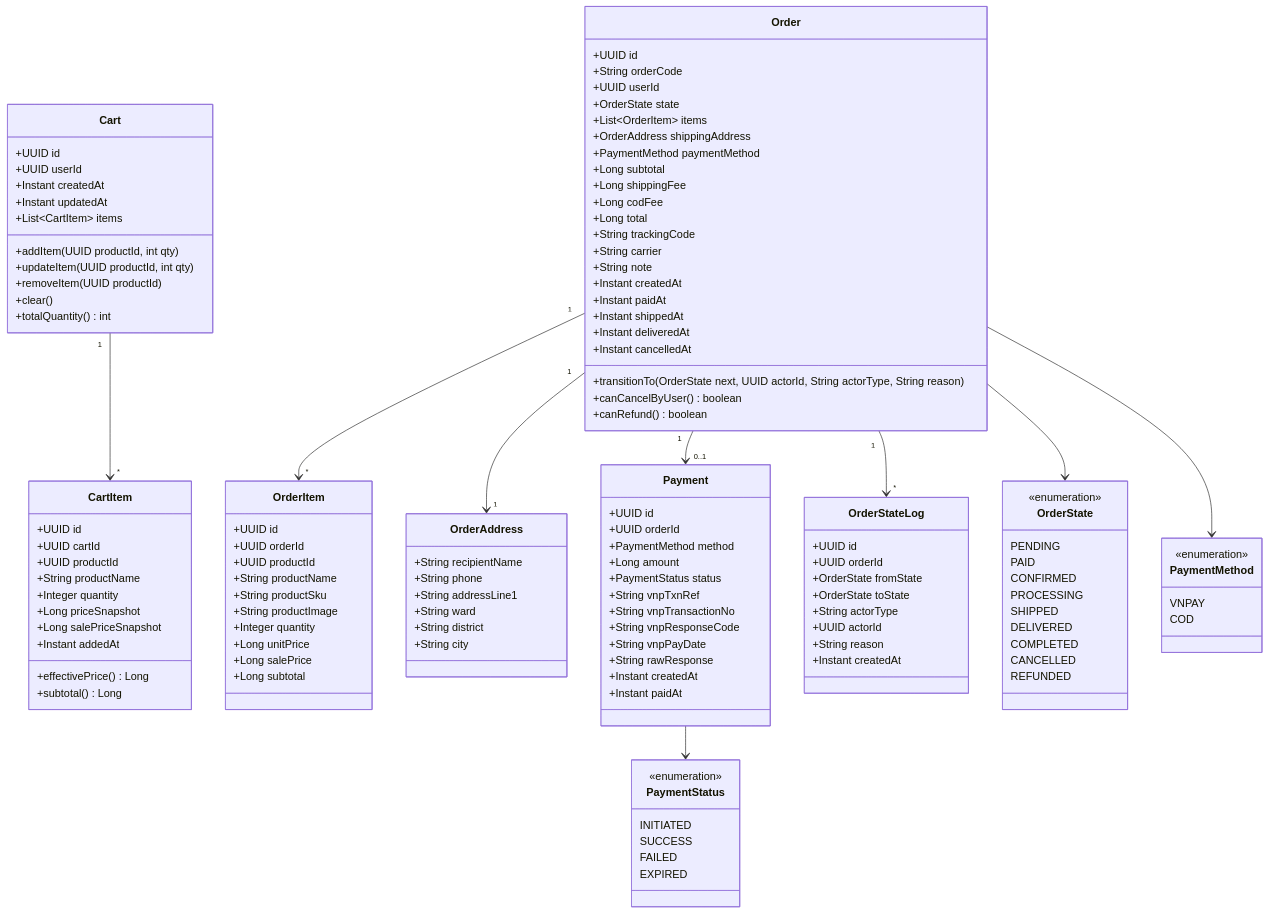
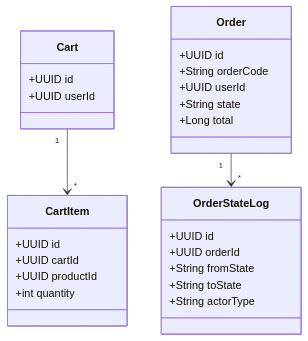
Before and after one commit to dminhduc250136/ptit_htpt: the third of 6 diagrams in architecture/03-class-diagrams.md, drawn with Mermaid. The commit also changed other lines of this file and 30 other files, not shown here.

````diff
--- a/architecture/03-class-diagrams.md
+++ b/architecture/03-class-diagrams.md
@@ -187,137 +60,29 @@
 ```mermaid
 classDiagram
     class Cart {
-        +UUID id
-        +UUID userId
-        +Instant createdAt
-        +Instant updatedAt
-        +List~CartItem~ items
-        +addItem(UUID productId, int qty)
-        +updateItem(UUID productId, int qty)
-        +removeItem(UUID productId)
-        +clear()
-        +totalQuantity() int
+      +UUID id
+      +UUID userId
     }
-
     class CartItem {
-        +UUID id
-        +UUID cartId
-        +UUID productId
-        +String productName
-        +Integer quantity
-        +Long priceSnapshot
-        +Long salePriceSnapshot
-        +Instant addedAt
-        +effectivePrice() Long
-        +subtotal() Long
+      +UUID id
+      +UUID cartId
+      +UUID productId
+      +int quantity
     }
-
     class Order {
-        +UUID id
-        +String orderCode
-        +UUID userId
-        +OrderState state
-        +List~OrderItem~ items
-        +OrderAddress shippingAddress
-        +PaymentMethod paymentMethod
-        +Long subtotal
-        +Long shippingFee
-        +Long codFee
-        +Long total
-        +String trackingCode
-        +String carrier
-        +String note
-        +Instant createdAt
-        +Instant paidAt
-        +Instant shippedAt
-        +Instant deliveredAt
-        +Instant cancelledAt
-        +transitionTo(OrderState next, UUID actorId, String actorType, String reason)
-        +canCancelByUser() boolean
-        +canRefund() boolean
+      +UUID id
+      +String orderCode
+      +UUID userId
+      +String state
+      +Long total
     }
-
-    class OrderItem {
-        +UUID id
-        +UUID orderId
-        +UUID productId
-        +String productName
-        +String productSku
-        +String productImage
-        +Integer quantity
-        +Long unitPrice
-        +Long salePrice
-        +Long subtotal
+    class OrderStateLog {
+      +UUID id
+      +UUID orderId
+      +String fromState
+      +String toState
+      +String actorType
     }
-
-    class OrderAddress {
-        +String recipientName
-        +String phone
-        +String addressLine1
-        +String ward
-        +String district
-        +String city
-    }
-
-    class Payment {
-        +UUID id
-        +UUID orderId
-        +PaymentMethod method
-        +Long amount
-        +PaymentStatus status
-        +String vnpTxnRef
-        +String vnpTransactionNo
-        +String vnpResponseCode
-        +String vnpPayDate
-        +String rawResponse
-        +Instant createdAt
-        +Instant paidAt
-    }
-
-    class OrderStateLog {
-        +UUID id
-        +UUID orderId
-        +OrderState fromState
-        +OrderState toState
-        +String actorType
-        +UUID actorId
-        +String reason
-        +Instant createdAt
-    }
-
-    class OrderState {
-        <<enumeration>>
-        PENDING
-        PAID
-        CONFIRMED
-        PROCESSING
-        SHIPPED
-        DELIVERED
-        COMPLETED
-        CANCELLED
-        REFUNDED
-    }
-
-    class PaymentMethod {
-        <<enumeration>>
-        VNPAY
-        COD
-    }
-
-    class PaymentStatus {
-        <<enumeration>>
-        INITIATED
-        SUCCESS
-        FAILED
-        EXPIRED
-    }
-
     Cart "1" --> "*" CartItem
-    Order "1" --> "*" OrderItem
     Order "1" --> "*" OrderStateLog
-    Order "1" --> "1" OrderAddress
-    Order "1" --> "0..1" Payment
-    Order --> OrderState
-    Order --> PaymentMethod
-    Payment --> PaymentStatus
 ```
````
